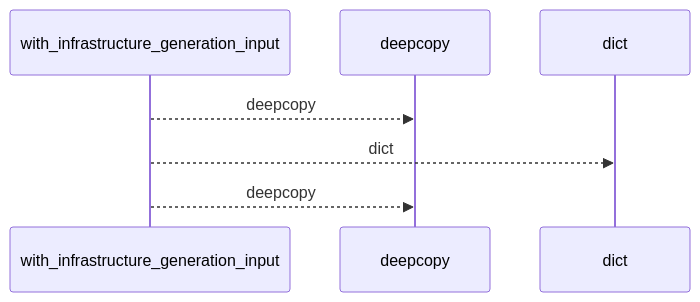
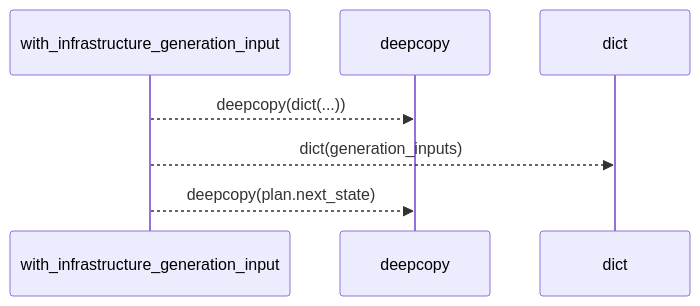
Before and after one commit to Denissvgn/python-wiki-llm: the first of 2 diagrams in docs/llm_wiki/flows/api-with_infrastructure_generation_input.md, drawn with Mermaid. The commit also changed other lines of this file and 1410 other files, not shown here.

````diff
--- a/docs/llm_wiki/flows/api-with_infrastructure_generation_input.md
+++ b/docs/llm_wiki/flows/api-with_infrastructure_generation_input.md
@@ -10,9 +12,9 @@
 ```mermaid
 sequenceDiagram
     participant p0 as with_infrastructure_generation_input
     participant p1 as deepcopy
     participant p2 as dict
-    p0-->>p1: deepcopy
-    p0-->>p2: dict
-    p0-->>p1: deepcopy
+    p0-->>p1: deepcopy(dict(...))
+    p0-->>p2: dict(generation_inputs)
+    p0-->>p1: deepcopy(plan.next_state)
 ```
````
